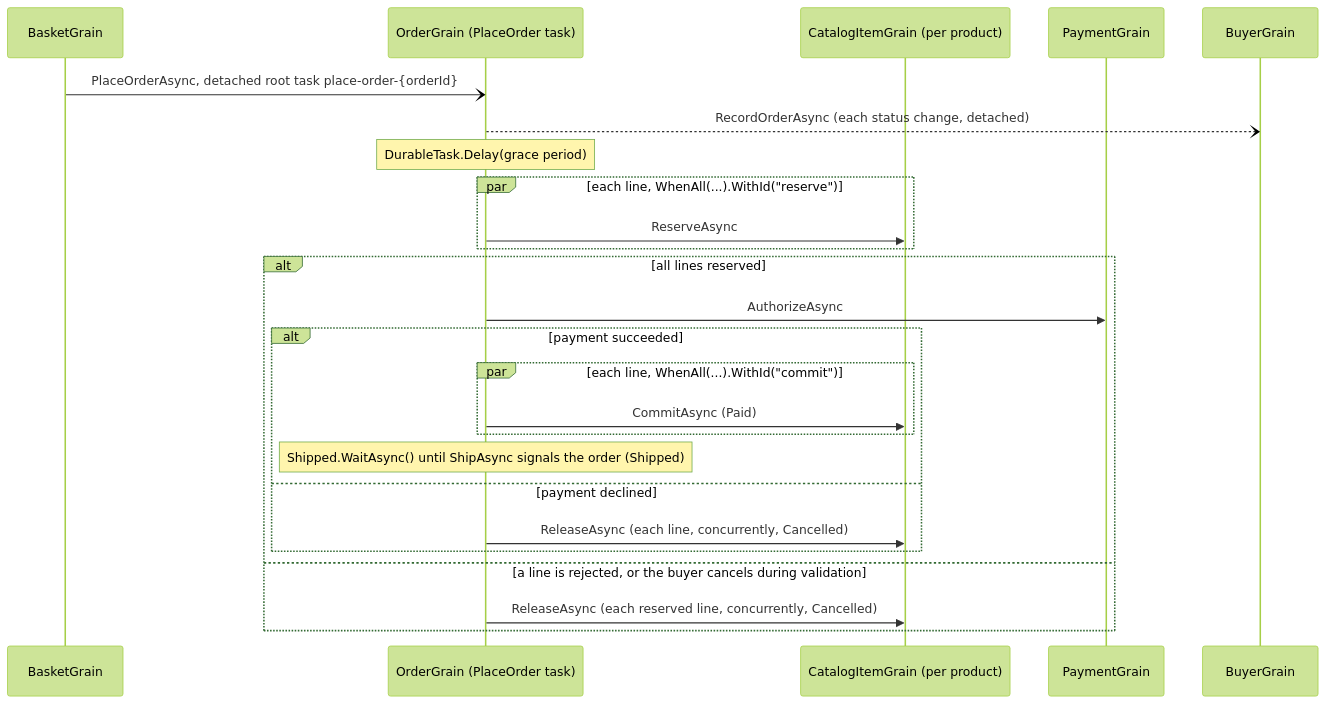
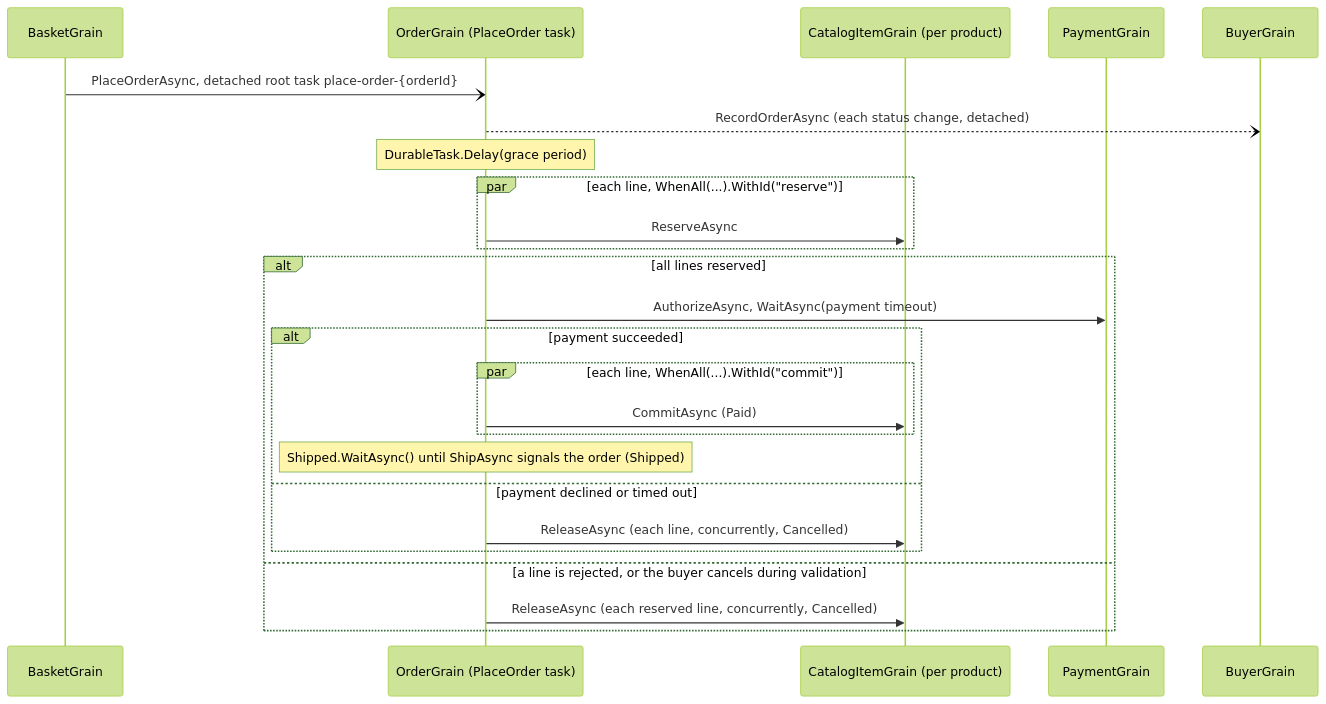
Before and after one commit to ReubenBond/orleans: the diagram in playground/DurableOrderProcessing/README.md, drawn with Mermaid (forest theme). The commit also changed other lines of this file and 5 other files, not shown here.

First line of the commit message:
feat(playground): time out payment authorization in DurableOrderProcessing

````diff
--- a/playground/DurableOrderProcessing/README.md
+++ b/playground/DurableOrderProcessing/README.md
@@ -16,27 +16,27 @@
 ```mermaid
 sequenceDiagram
     participant Basket as BasketGrain
     participant Order as OrderGrain (PlaceOrder task)
     participant Catalog as CatalogItemGrain (per product)
     participant Payment as PaymentGrain
     participant Buyer as BuyerGrain
     Basket-)Order: PlaceOrderAsync, detached root task place-order-{orderId}
     Order--)Buyer: RecordOrderAsync (each status change, detached)
     Note over Order: DurableTask.Delay(grace period)
     par each line, WhenAll(...).WithId("reserve")
         Order->>Catalog: ReserveAsync
     end
     alt all lines reserved
-        Order->>Payment: AuthorizeAsync
+        Order->>Payment: AuthorizeAsync, WaitAsync(payment timeout)
         alt payment succeeded
             par each line, WhenAll(...).WithId("commit")
                 Order->>Catalog: CommitAsync (Paid)
             end
             Note over Order: Shipped.WaitAsync() until ShipAsync signals the order (Shipped)
-        else payment declined
+        else payment declined or timed out
             Order->>Catalog: ReleaseAsync (each line, concurrently, Cancelled)
         end
     else a line is rejected, or the buyer cancels during validation
         Order->>Catalog: ReleaseAsync (each reserved line, concurrently, Cancelled)
     end
 ```
````
